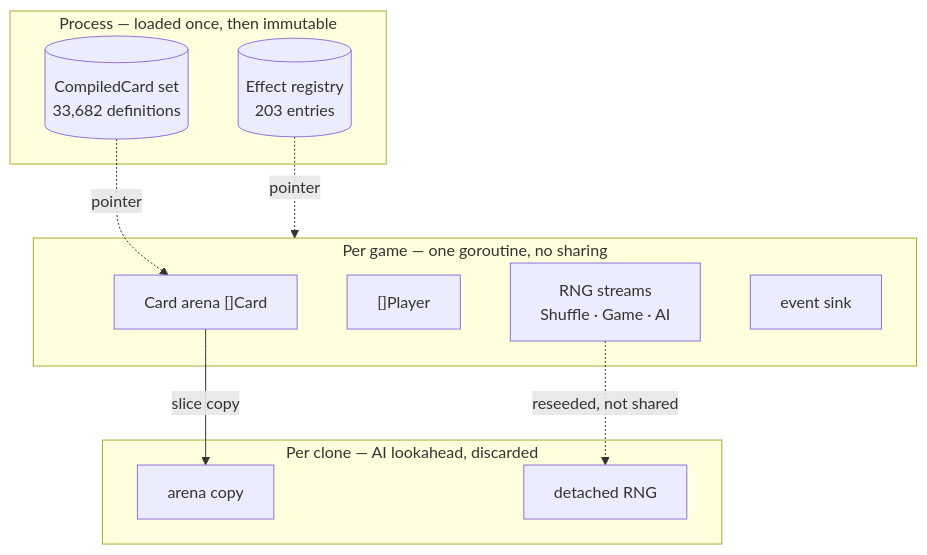
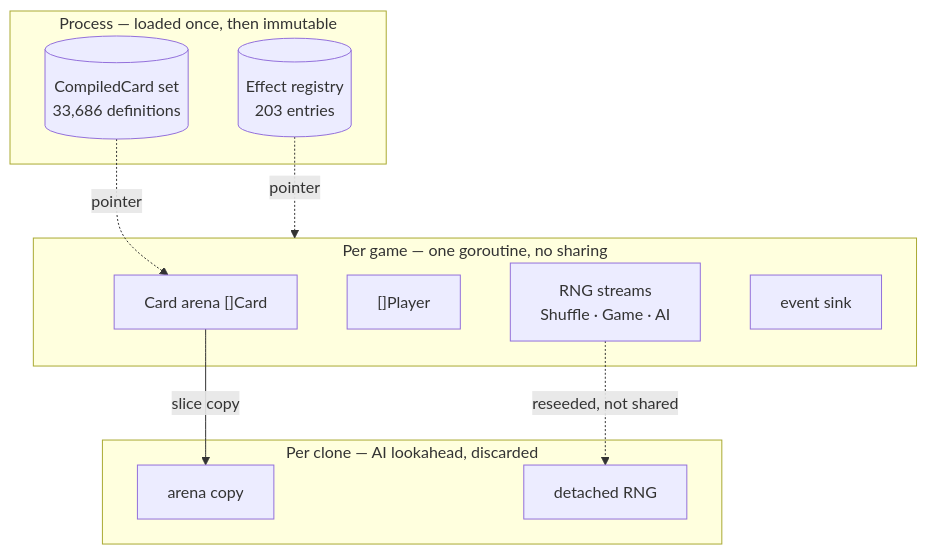
Before and after one commit to Card-Forge/forge: the diagram in docs/crucible/design/engine-design.md, drawn with Mermaid. The commit also changed other lines of this file and 21 other files, not shown here.

````diff
--- a/docs/crucible/design/engine-design.md
+++ b/docs/crucible/design/engine-design.md
@@ -20,21 +20,21 @@
 ```mermaid
 flowchart TB
   subgraph proc["Process — loaded once, then immutable"]
-    db[("CompiledCard set<br/>33,682 definitions")]
+    db[("CompiledCard set<br/>33,686 definitions")]
     reg[("Effect registry<br/>203 entries")]
   end
   subgraph game["Per game — one goroutine, no sharing"]
     arena["Card arena []Card"]
     players["[]Player"]
     rng["RNG streams<br/>Shuffle · Game · AI"]
     sink["event sink"]
   end
   subgraph clone["Per clone — AI lookahead, discarded"]
     arena2["arena copy"]
     rng2["detached RNG"]
   end
   db -.pointer.-> arena
   reg -.pointer.-> game
   arena -->|slice copy| arena2
   rng -.->|reseeded, not shared| rng2
 ```
````
